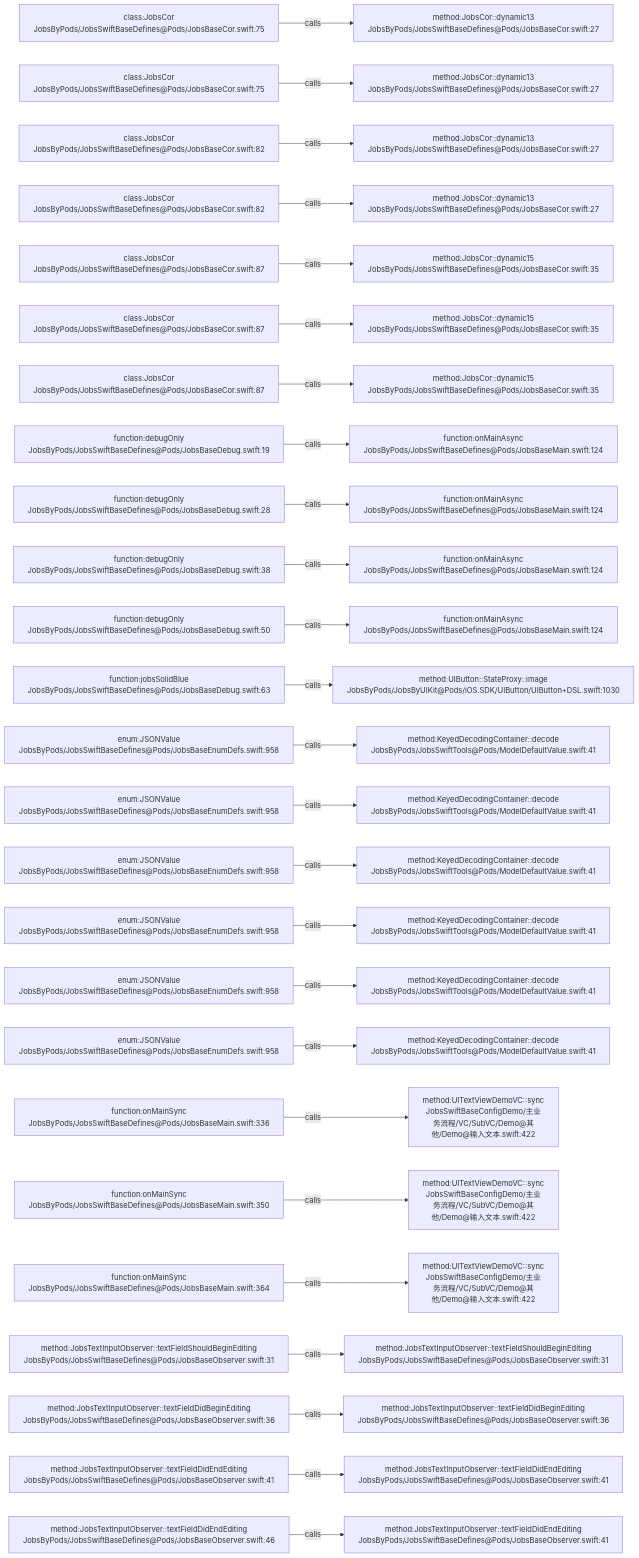
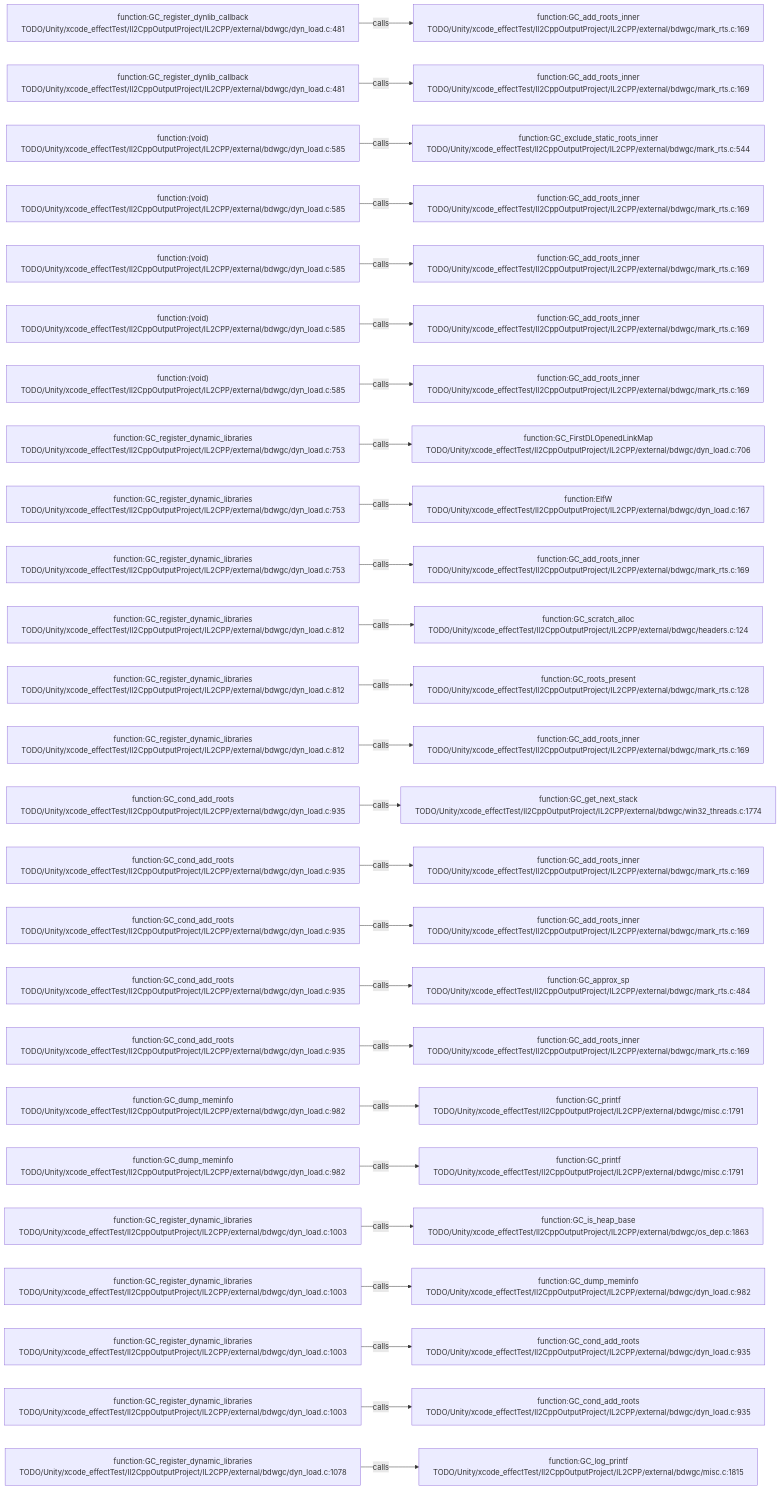
Before and after one commit to JobsKits/JobsSwiftBaseConfigDemo: the diagram in .codegraph/codegraph.md/graphs/calls-171.md, drawn with Mermaid. The commit also changed 569 other files, not shown here.

````diff
--- a/.codegraph/codegraph.md/graphs/calls-171.md
+++ b/.codegraph/codegraph.md/graphs/calls-171.md
@@ -13,78 +13,78 @@
 ```mermaid
 flowchart LR
-  S1["class:JobsCor<br/>JobsByPods/JobsSwiftBaseDefines@Pods/JobsBaseCor.swift:75"]
-  T1["method:JobsCor::dynamic13<br/>JobsByPods/JobsSwiftBaseDefines@Pods/JobsBaseCor.swift:27"]
+  S1["function:GC_register_dynlib_callback<br/>TODO/Unity/xcode_effectTest/Il2CppOutputProject/IL2CPP/external/bdwgc/dyn_load.c:481"]
+  T1["function:GC_add_roots_inner<br/>TODO/Unity/xcode_effectTest/Il2CppOutputProject/IL2CPP/external/bdwgc/mark_rts.c:169"]
   S1 -->|calls| T1
-  S2["class:JobsCor<br/>JobsByPods/JobsSwiftBaseDefines@Pods/JobsBaseCor.swift:75"]
-  T2["method:JobsCor::dynamic13<br/>JobsByPods/JobsSwiftBaseDefines@Pods/JobsBaseCor.swift:27"]
+  S2["function:GC_register_dynlib_callback<br/>TODO/Unity/xcode_effectTest/Il2CppOutputProject/IL2CPP/external/bdwgc/dyn_load.c:481"]
+  T2["function:GC_add_roots_inner<br/>TODO/Unity/xcode_effectTest/Il2CppOutputProject/IL2CPP/external/bdwgc/mark_rts.c:169"]
   S2 -->|calls| T2
-  S3["class:JobsCor<br/>JobsByPods/JobsSwiftBaseDefines@Pods/JobsBaseCor.swift:82"]
-  T3["method:JobsCor::dynamic13<br/>JobsByPods/JobsSwiftBaseDefines@Pods/JobsBaseCor.swift:27"]
+  S3["function:(void)<br/>TODO/Unity/xcode_effectTest/Il2CppOutputProject/IL2CPP/external/bdwgc/dyn_load.c:585"]
+  T3["function:GC_exclude_static_roots_inner<br/>TODO/Unity/xcode_effectTest/Il2CppOutputProject/IL2CPP/external/bdwgc/mark_rts.c:544"]
   S3 -->|calls| T3
-  S4["class:JobsCor<br/>JobsByPods/JobsSwiftBaseDefines@Pods/JobsBaseCor.swift:82"]
-  T4["method:JobsCor::dynamic13<br/>JobsByPods/JobsSwiftBaseDefines@Pods/JobsBaseCor.swift:27"]
+  S4["function:(void)<br/>TODO/Unity/xcode_effectTest/Il2CppOutputProject/IL2CPP/external/bdwgc/dyn_load.c:585"]
+  T4["function:GC_add_roots_inner<br/>TODO/Unity/xcode_effectTest/Il2CppOutputProject/IL2CPP/external/bdwgc/mark_rts.c:169"]
   S4 -->|calls| T4
-  S5["class:JobsCor<br/>JobsByPods/JobsSwiftBaseDefines@Pods/JobsBaseCor.swift:87"]
-  T5["method:JobsCor::dynamic15<br/>JobsByPods/JobsSwiftBaseDefines@Pods/JobsBaseCor.swift:35"]
+  S5["function:(void)<br/>TODO/Unity/xcode_effectTest/Il2CppOutputProject/IL2CPP/external/bdwgc/dyn_load.c:585"]
+  T5["function:GC_add_roots_inner<br/>TODO/Unity/xcode_effectTest/Il2CppOutputProject/IL2CPP/external/bdwgc/mark_rts.c:169"]
   S5 -->|calls| T5
-  S6["class:JobsCor<br/>JobsByPods/JobsSwiftBaseDefines@Pods/JobsBaseCor.swift:87"]
-  T6["method:JobsCor::dynamic15<br/>JobsByPods/JobsSwiftBaseDefines@Pods/JobsBaseCor.swift:35"]
+  S6["function:(void)<br/>TODO/Unity/xcode_effectTest/Il2CppOutputProject/IL2CPP/external/bdwgc/dyn_load.c:585"]
+  T6["function:GC_add_roots_inner<br/>TODO/Unity/xcode_effectTest/Il2CppOutputProject/IL2CPP/external/bdwgc/mark_rts.c:169"]
   S6 -->|calls| T6
-  S7["class:JobsCor<br/>JobsByPods/JobsSwiftBaseDefines@Pods/JobsBaseCor.swift:87"]
-  T7["method:JobsCor::dynamic15<br/>JobsByPods/JobsSwiftBaseDefines@Pods/JobsBaseCor.swift:35"]
+  S7["function:(void)<br/>TODO/Unity/xcode_effectTest/Il2CppOutputProject/IL2CPP/external/bdwgc/dyn_load.c:585"]
+  T7["function:GC_add_roots_inner<br/>TODO/Unity/xcode_effectTest/Il2CppOutputProject/IL2CPP/external/bdwgc/mark_rts.c:169"]
   S7 -->|calls| T7
-  S8["function:debugOnly<br/>JobsByPods/JobsSwiftBaseDefines@Pods/JobsBaseDebug.swift:19"]
-  T8["function:onMainAsync<br/>JobsByPods/JobsSwiftBaseDefines@Pods/JobsBaseMain.swift:124"]
+  S8["function:GC_register_dynamic_libraries<br/>TODO/Unity/xcode_effectTest/Il2CppOutputProject/IL2CPP/external/bdwgc/dyn_load.c:753"]
+  T8["function:GC_FirstDLOpenedLinkMap<br/>TODO/Unity/xcode_effectTest/Il2CppOutputProject/IL2CPP/external/bdwgc/dyn_load.c:706"]
   S8 -->|calls| T8
-  S9["function:debugOnly<br/>JobsByPods/JobsSwiftBaseDefines@Pods/JobsBaseDebug.swift:28"]
-  T9["function:onMainAsync<br/>JobsByPods/JobsSwiftBaseDefines@Pods/JobsBaseMain.swift:124"]
+  S9["function:GC_register_dynamic_libraries<br/>TODO/Unity/xcode_effectTest/Il2CppOutputProject/IL2CPP/external/bdwgc/dyn_load.c:753"]
+  T9["function:ElfW<br/>TODO/Unity/xcode_effectTest/Il2CppOutputProject/IL2CPP/external/bdwgc/dyn_load.c:167"]
   S9 -->|calls| T9
-  S10["function:debugOnly<br/>JobsByPods/JobsSwiftBaseDefines@Pods/JobsBaseDebug.swift:38"]
-  T10["function:onMainAsync<br/>JobsByPods/JobsSwiftBaseDefines@Pods/JobsBaseMain.swift:124"]
+  S10["function:GC_register_dynamic_libraries<br/>TODO/Unity/xcode_effectTest/Il2CppOutputProject/IL2CPP/external/bdwgc/dyn_load.c:753"]
+  T10["function:GC_add_roots_inner<br/>TODO/Unity/xcode_effectTest/Il2CppOutputProject/IL2CPP/external/bdwgc/mark_rts.c:169"]
   S10 -->|calls| T10
-  S11["function:debugOnly<br/>JobsByPods/JobsSwiftBaseDefines@Pods/JobsBaseDebug.swift:50"]
-  T11["function:onMainAsync<br/>JobsByPods/JobsSwiftBaseDefines@Pods/JobsBaseMain.swift:124"]
+  S11["function:GC_register_dynamic_libraries<br/>TODO/Unity/xcode_effectTest/Il2CppOutputProject/IL2CPP/external/bdwgc/dyn_load.c:812"]
+  T11["function:GC_scratch_alloc<br/>TODO/Unity/xcode_effectTest/Il2CppOutputProject/IL2CPP/external/bdwgc/headers.c:124"]
   S11 -->|calls| T11
-  S12["function:jobsSolidBlue<br/>JobsByPods/JobsSwiftBaseDefines@Pods/JobsBaseDebug.swift:63"]
-  T12["method:UIButton::StateProxy::image<br/>JobsByPods/JobsByUIKit@Pods/iOS.SDK/UIButton/UIButton+DSL.swift:1030"]
+  S12["function:GC_register_dynamic_libraries<br/>TODO/Unity/xcode_effectTest/Il2CppOutputProject/IL2CPP/external/bdwgc/dyn_load.c:812"]
+  T12["function:GC_roots_present<br/>TODO/Unity/xcode_effectTest/Il2CppOutputProject/IL2CPP/external/bdwgc/mark_rts.c:128"]
   S12 -->|calls| T12
-  S13["enum:JSONValue<br/>JobsByPods/JobsSwiftBaseDefines@Pods/JobsBaseEnumDefs.swift:958"]
-  T13["method:KeyedDecodingContainer::decode<br/>JobsByPods/JobsSwiftTools@Pods/ModelDefaultValue.swift:41"]
+  S13["function:GC_register_dynamic_libraries<br/>TODO/Unity/xcode_effectTest/Il2CppOutputProject/IL2CPP/external/bdwgc/dyn_load.c:812"]
+  T13["function:GC_add_roots_inner<br/>TODO/Unity/xcode_effectTest/Il2CppOutputProject/IL2CPP/external/bdwgc/mark_rts.c:169"]
   S13 -->|calls| T13
-  S14["enum:JSONValue<br/>JobsByPods/JobsSwiftBaseDefines@Pods/JobsBaseEnumDefs.swift:958"]
-  T14["method:KeyedDecodingContainer::decode<br/>JobsByPods/JobsSwiftTools@Pods/ModelDefaultValue.swift:41"]
+  S14["function:GC_cond_add_roots<br/>TODO/Unity/xcode_effectTest/Il2CppOutputProject/IL2CPP/external/bdwgc/dyn_load.c:935"]
+  T14["function:GC_get_next_stack<br/>TODO/Unity/xcode_effectTest/Il2CppOutputProject/IL2CPP/external/bdwgc/win32_threads.c:1774"]
   S14 -->|calls| T14
-  S15["enum:JSONValue<br/>JobsByPods/JobsSwiftBaseDefines@Pods/JobsBaseEnumDefs.swift:958"]
-  T15["method:KeyedDecodingContainer::decode<br/>JobsByPods/JobsSwiftTools@Pods/ModelDefaultValue.swift:41"]
+  S15["function:GC_cond_add_roots<br/>TODO/Unity/xcode_effectTest/Il2CppOutputProject/IL2CPP/external/bdwgc/dyn_load.c:935"]
+  T15["function:GC_add_roots_inner<br/>TODO/Unity/xcode_effectTest/Il2CppOutputProject/IL2CPP/external/bdwgc/mark_rts.c:169"]
   S15 -->|calls| T15
-  S16["enum:JSONValue<br/>JobsByPods/JobsSwiftBaseDefines@Pods/JobsBaseEnumDefs.swift:958"]
-  T16["method:KeyedDecodingContainer::decode<br/>JobsByPods/JobsSwiftTools@Pods/ModelDefaultValue.swift:41"]
+  S16["function:GC_cond_add_roots<br/>TODO/Unity/xcode_effectTest/Il2CppOutputProject/IL2CPP/external/bdwgc/dyn_load.c:935"]
+  T16["function:GC_add_roots_inner<br/>TODO/Unity/xcode_effectTest/Il2CppOutputProject/IL2CPP/external/bdwgc/mark_rts.c:169"]
   S16 -->|calls| T16
-  S17["enum:JSONValue<br/>JobsByPods/JobsSwiftBaseDefines@Pods/JobsBaseEnumDefs.swift:958"]
-  T17["method:KeyedDecodingContainer::decode<br/>JobsByPods/JobsSwiftTools@Pods/ModelDefaultValue.swift:41"]
+  S17["function:GC_cond_add_roots<br/>TODO/Unity/xcode_effectTest/Il2CppOutputProject/IL2CPP/external/bdwgc/dyn_load.c:935"]
+  T17["function:GC_approx_sp<br/>TODO/Unity/xcode_effectTest/Il2CppOutputProject/IL2CPP/external/bdwgc/mark_rts.c:484"]
   S17 -->|calls| T17
-  S18["enum:JSONValue<br/>JobsByPods/JobsSwiftBaseDefines@Pods/JobsBaseEnumDefs.swift:958"]
-  T18["method:KeyedDecodingContainer::decode<br/>JobsByPods/JobsSwiftTools@Pods/ModelDefaultValue.swift:41"]
+  S18["function:GC_cond_add_roots<br/>TODO/Unity/xcode_effectTest/Il2CppOutputProject/IL2CPP/external/bdwgc/dyn_load.c:935"]
+  T18["function:GC_add_roots_inner<br/>TODO/Unity/xcode_effectTest/Il2CppOutputProject/IL2CPP/external/bdwgc/mark_rts.c:169"]
   S18 -->|calls| T18
-  S19["function:onMainSync<br/>JobsByPods/JobsSwiftBaseDefines@Pods/JobsBaseMain.swift:336"]
-  T19["method:UITextViewDemoVC::sync<br/>JobsSwiftBaseConfigDemo/主业务流程/VC/SubVC/Demo@其他/Demo@输入文本.swift:422"]
+  S19["function:GC_dump_meminfo<br/>TODO/Unity/xcode_effectTest/Il2CppOutputProject/IL2CPP/external/bdwgc/dyn_load.c:982"]
+  T19["function:GC_printf<br/>TODO/Unity/xcode_effectTest/Il2CppOutputProject/IL2CPP/external/bdwgc/misc.c:1791"]
   S19 -->|calls| T19
-  S20["function:onMainSync<br/>JobsByPods/JobsSwiftBaseDefines@Pods/JobsBaseMain.swift:350"]
-  T20["method:UITextViewDemoVC::sync<br/>JobsSwiftBaseConfigDemo/主业务流程/VC/SubVC/Demo@其他/Demo@输入文本.swift:422"]
+  S20["function:GC_dump_meminfo<br/>TODO/Unity/xcode_effectTest/Il2CppOutputProject/IL2CPP/external/bdwgc/dyn_load.c:982"]
+  T20["function:GC_printf<br/>TODO/Unity/xcode_effectTest/Il2CppOutputProject/IL2CPP/external/bdwgc/misc.c:1791"]
   S20 -->|calls| T20
-  S21["function:onMainSync<br/>JobsByPods/JobsSwiftBaseDefines@Pods/JobsBaseMain.swift:364"]
-  T21["method:UITextViewDemoVC::sync<br/>JobsSwiftBaseConfigDemo/主业务流程/VC/SubVC/Demo@其他/Demo@输入文本.swift:422"]
+  S21["function:GC_register_dynamic_libraries<br/>TODO/Unity/xcode_effectTest/Il2CppOutputProject/IL2CPP/external/bdwgc/dyn_load.c:1003"]
+  T21["function:GC_is_heap_base<br/>TODO/Unity/xcode_effectTest/Il2CppOutputProject/IL2CPP/external/bdwgc/os_dep.c:1863"]
   S21 -->|calls| T21
-  S22["method:JobsTextInputObserver::textFieldShouldBeginEditing<br/>JobsByPods/JobsSwiftBaseDefines@Pods/JobsBaseObserver.swift:31"]
-  T22["method:JobsTextInputObserver::textFieldShouldBeginEditing<br/>JobsByPods/JobsSwiftBaseDefines@Pods/JobsBaseObserver.swift:31"]
+  S22["function:GC_register_dynamic_libraries<br/>TODO/Unity/xcode_effectTest/Il2CppOutputProject/IL2CPP/external/bdwgc/dyn_load.c:1003"]
+  T22["function:GC_dump_meminfo<br/>TODO/Unity/xcode_effectTest/Il2CppOutputProject/IL2CPP/external/bdwgc/dyn_load.c:982"]
   S22 -->|calls| T22
-  S23["method:JobsTextInputObserver::textFieldDidBeginEditing<br/>JobsByPods/JobsSwiftBaseDefines@Pods/JobsBaseObserver.swift:36"]
-  T23["method:JobsTextInputObserver::textFieldDidBeginEditing<br/>JobsByPods/JobsSwiftBaseDefines@Pods/JobsBaseObserver.swift:36"]
+  S23["function:GC_register_dynamic_libraries<br/>TODO/Unity/xcode_effectTest/Il2CppOutputProject/IL2CPP/external/bdwgc/dyn_load.c:1003"]
+  T23["function:GC_cond_add_roots<br/>TODO/Unity/xcode_effectTest/Il2CppOutputProject/IL2CPP/external/bdwgc/dyn_load.c:935"]
   S23 -->|calls| T23
-  S24["method:JobsTextInputObserver::textFieldDidEndEditing<br/>JobsByPods/JobsSwiftBaseDefines@Pods/JobsBaseObserver.swift:41"]
-  T24["method:JobsTextInputObserver::textFieldDidEndEditing<br/>JobsByPods/JobsSwiftBaseDefines@Pods/JobsBaseObserver.swift:41"]
+  S24["function:GC_register_dynamic_libraries<br/>TODO/Unity/xcode_effectTest/Il2CppOutputProject/IL2CPP/external/bdwgc/dyn_load.c:1003"]
+  T24["function:GC_cond_add_roots<br/>TODO/Unity/xcode_effectTest/Il2CppOutputProject/IL2CPP/external/bdwgc/dyn_load.c:935"]
   S24 -->|calls| T24
-  S25["method:JobsTextInputObserver::textFieldDidEndEditing<br/>JobsByPods/JobsSwiftBaseDefines@Pods/JobsBaseObserver.swift:46"]
-  T25["method:JobsTextInputObserver::textFieldDidEndEditing<br/>JobsByPods/JobsSwiftBaseDefines@Pods/JobsBaseObserver.swift:41"]
+  S25["function:GC_register_dynamic_libraries<br/>TODO/Unity/xcode_effectTest/Il2CppOutputProject/IL2CPP/external/bdwgc/dyn_load.c:1078"]
+  T25["function:GC_log_printf<br/>TODO/Unity/xcode_effectTest/Il2CppOutputProject/IL2CPP/external/bdwgc/misc.c:1815"]
   S25 -->|calls| T25
 ```
````
